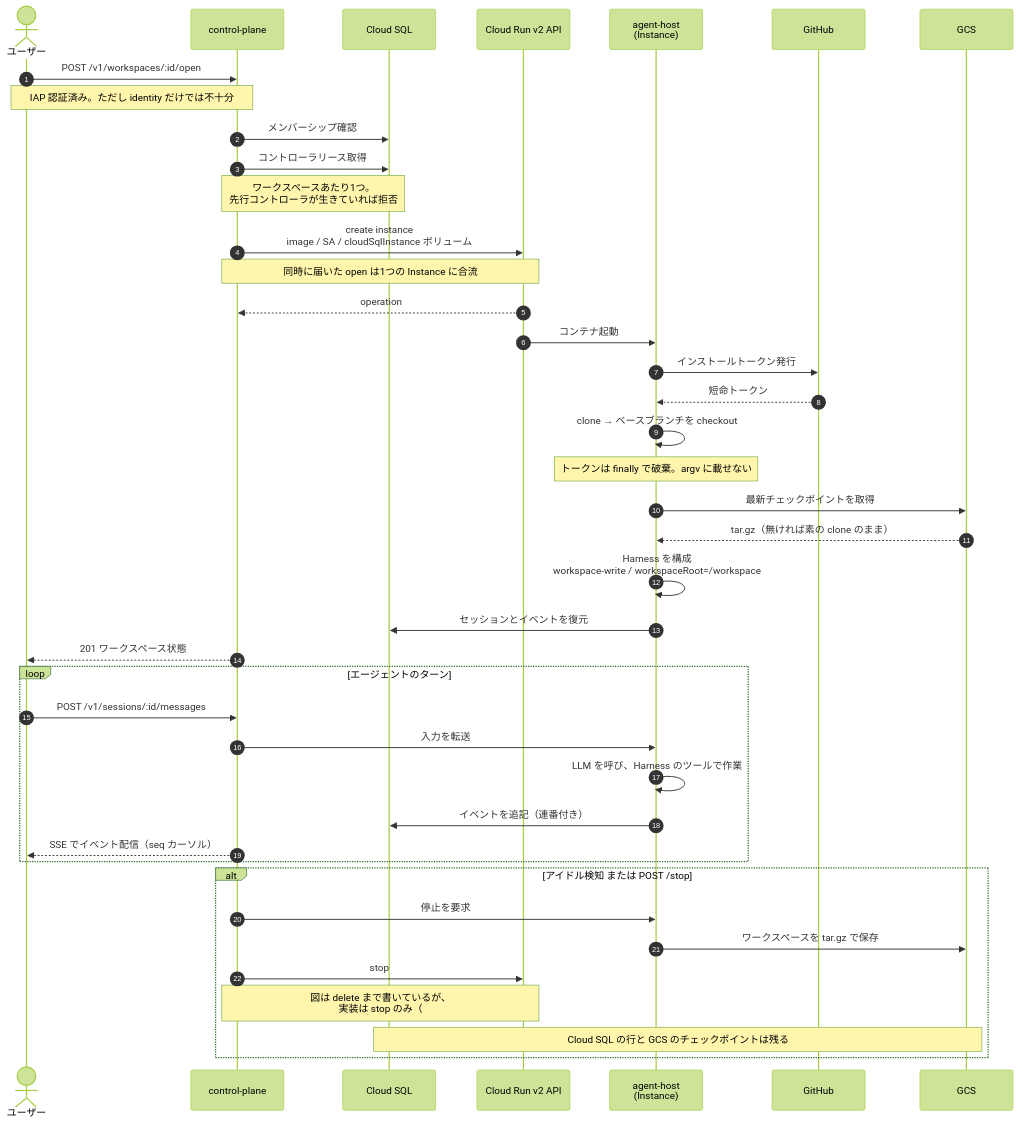
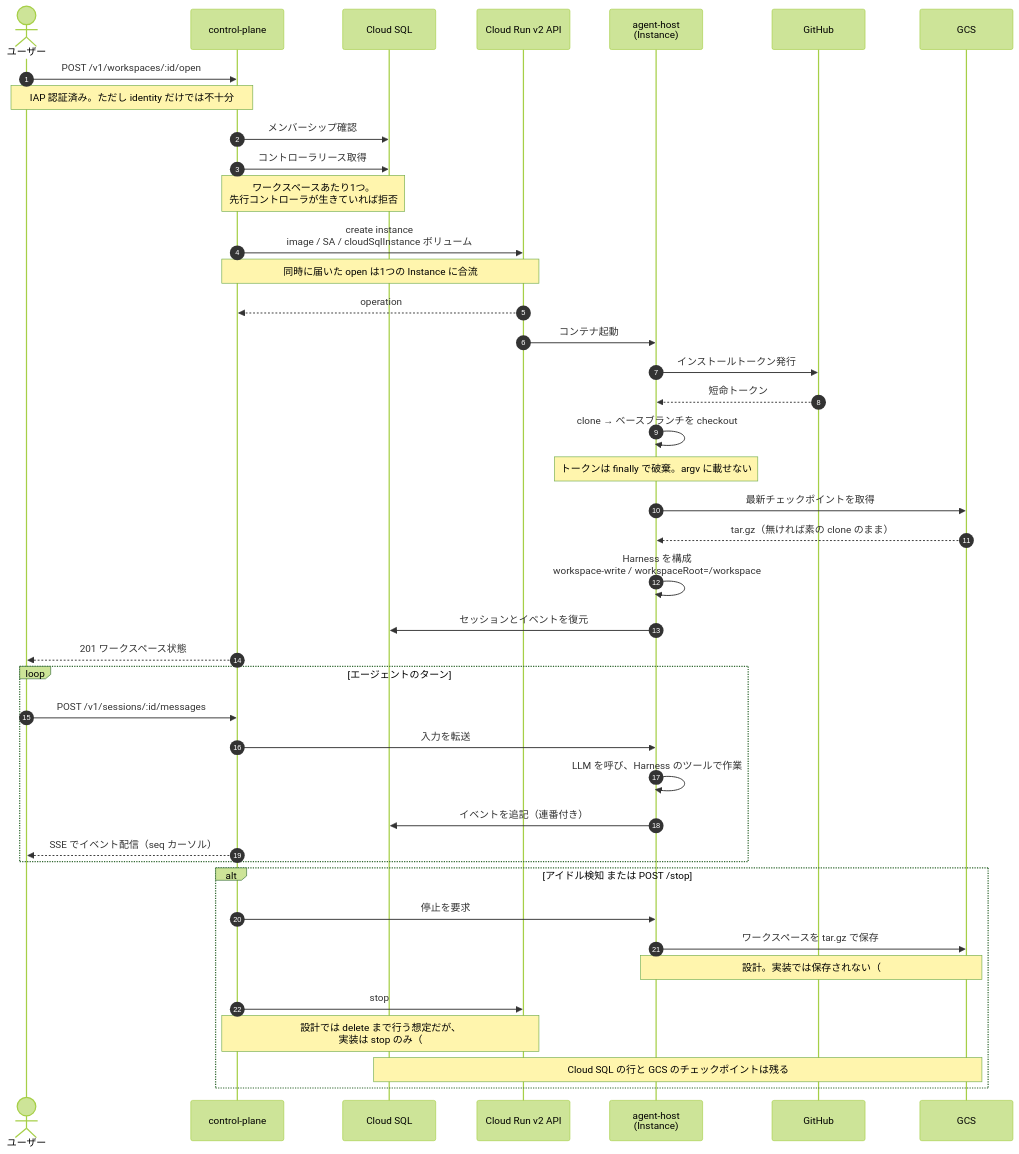
Before and after one commit to mpppk/cloud-run-dsh: the second of 2 diagrams in docs/architecture.md, drawn with Mermaid (forest theme). The commit also changed other lines of this file and 2 other files, not shown here.

````diff
--- a/docs/architecture.md
+++ b/docs/architecture.md
@@ -94,48 +100,49 @@
 ```mermaid
 sequenceDiagram
   autonumber
   actor U as ユーザー
   participant CP as control-plane
   participant DB as Cloud SQL
   participant RUN as Cloud Run v2 API
   participant AH as agent-host<br/>(Instance)
   participant GH as GitHub
   participant GCS as GCS
 
   U->>CP: POST /v1/workspaces/:id/open
   Note over U,CP: IAP 認証済み。ただし identity だけでは不十分
   CP->>DB: メンバーシップ確認
   CP->>DB: コントローラリース取得
   Note over CP,DB: ワークスペースあたり1つ。<br/>先行コントローラが生きていれば拒否
 
   CP->>RUN: create instance<br/>image / SA / cloudSqlInstance ボリューム
   Note over CP,RUN: 同時に届いた open は1つの Instance に合流
   RUN-->>CP: operation
   RUN->>AH: コンテナ起動
 
   AH->>GH: インストールトークン発行
   GH-->>AH: 短命トークン
   AH->>AH: clone → ベースブランチを checkout
   Note over AH: トークンは finally で破棄。argv に載せない
   AH->>GCS: 最新チェックポイントを取得
   GCS-->>AH: tar.gz（無ければ素の clone のまま）
   AH->>AH: Harness を構成<br/>workspace-write / workspaceRoot=/workspace
   AH->>DB: セッションとイベントを復元
   CP-->>U: 201 ワークスペース状態
 
   loop エージェントのターン
     U->>CP: POST /v1/sessions/:id/messages
     CP->>AH: 入力を転送
     AH->>AH: LLM を呼び、Harness のツールで作業
     AH->>DB: イベントを追記（連番付き）
     CP-->>U: SSE でイベント配信（seq カーソル）
   end
 
   alt アイドル検知 または POST /stop
     CP->>AH: 停止を要求
     AH->>GCS: ワークスペースを tar.gz で保存
+    Note over AH,GCS: 設計。実装では保存されない（#72）
     CP->>RUN: stop
-    Note over CP,RUN: 図は delete まで書いているが、<br/>実装は stop のみ（#72）
+    Note over CP,RUN: 設計では delete まで行う想定だが、<br/>実装は stop のみ（#72）
     Note over DB,GCS: Cloud SQL の行と GCS のチェックポイントは残る
   end
 ```
````
